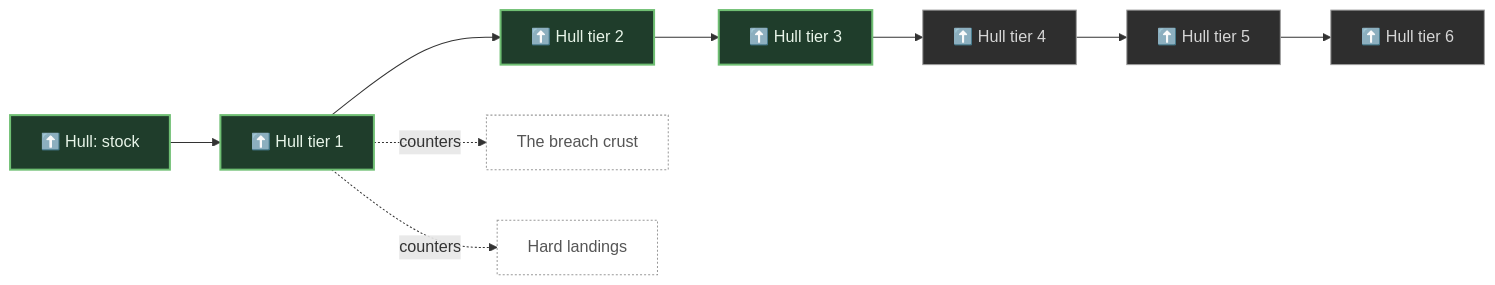
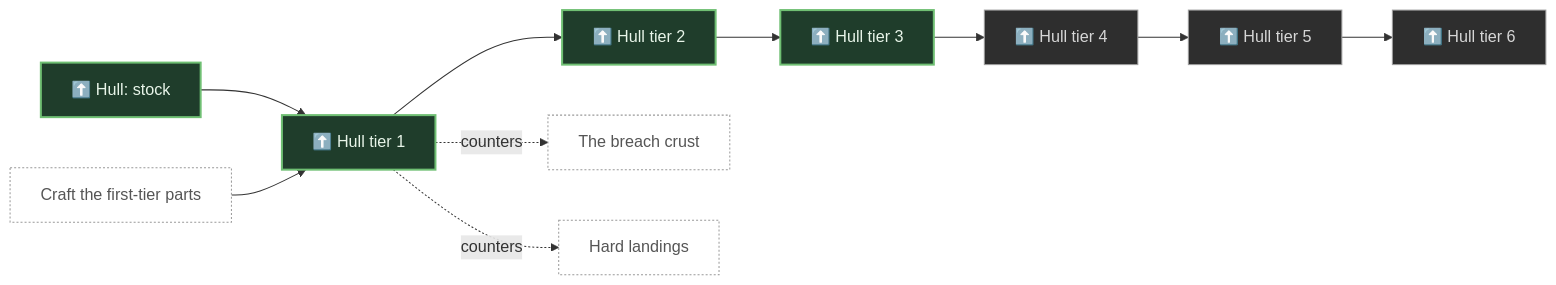
Before and after one commit to pkeppeler/deepcharter: the fifth of 30 diagrams in docs/FEATURE-MAP.md, drawn with Mermaid. The commit also changed other lines of this file and 51 other files, not shown here.

Commit message:
Craft tier 1 of a Mole's six stock tracks as units fitted by use (#536)

````diff
--- a/docs/FEATURE-MAP.md
+++ b/docs/FEATURE-MAP.md
@@ -374,28 +382,30 @@
 ```mermaid
 flowchart LR
   n_hull_stock["⬆️ Hull: stock"]
   n_hull_t1["⬆️ Hull tier 1"]
   n_hull_t2["⬆️ Hull tier 2"]
   n_hull_t3["⬆️ Hull tier 3"]
   n_hull_t4["⬆️ Hull tier 4"]
   n_hull_t5["⬆️ Hull tier 5"]
   n_hull_t6["⬆️ Hull tier 6"]
   n_breach_crust["The breach crust"]
   n_hard_landing["Hard landings"]
+  n_parts_from_crafting["Craft the first-tier parts"]
   n_hull_stock --> n_hull_t1
   n_hull_t1 -. counters .-> n_breach_crust
   n_hull_t1 -. counters .-> n_hard_landing
   n_hull_t1 --> n_hull_t2
   n_hull_t2 --> n_hull_t3
   n_hull_t3 --> n_hull_t4
   n_hull_t4 --> n_hull_t5
   n_hull_t5 --> n_hull_t6
+  n_parts_from_crafting --> n_hull_t1
   classDef built fill:#1f3d2b,stroke:#6fbf73,stroke-width:2px,color:#e8f5e9
   classDef progress fill:#4a3a10,stroke:#f0b429,stroke-width:2px,color:#fff3d6
   classDef planned fill:#2e2e2e,stroke:#9e9e9e,stroke-width:1px,color:#d6d6d6
   classDef idea fill:#1a1a1a,stroke:#757575,stroke-width:1px,stroke-dasharray:4 3,color:#a0a0a0
   classDef ext fill:#ffffff,stroke:#999999,stroke-width:1px,stroke-dasharray:2 2,color:#555555
   class n_hull_stock,n_hull_t1,n_hull_t2,n_hull_t3 built
   class n_hull_t4,n_hull_t5,n_hull_t6 planned
-  class n_breach_crust,n_hard_landing ext
+  class n_breach_crust,n_hard_landing,n_parts_from_crafting ext
 ```
````
